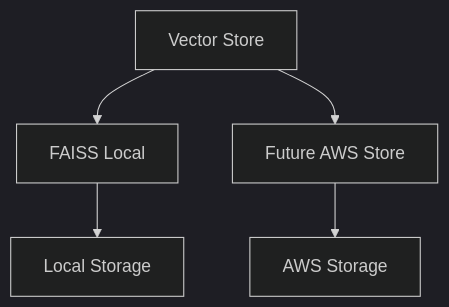
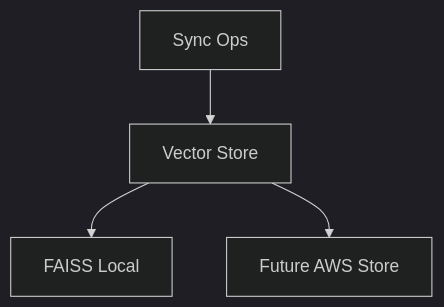
Before and after one commit to laialex501/lorechat-container: the third of 3 diagrams in memory-bank/techContext.md, drawn with Mermaid (dark theme). The commit also changed other lines of this file and 11 other files, not shown here.

````diff
--- a/memory-bank/techContext.md
+++ b/memory-bank/techContext.md
@@ -137,8 +51,6 @@
 ```mermaid
 graph TD
     A[Vector Store] --> B[FAISS Local]
     A --> C[Future AWS Store]
-    
-    B --> D[Local Storage]
-    C --> E[AWS Storage]
+    D[Sync Ops] --> A
 ```
````
